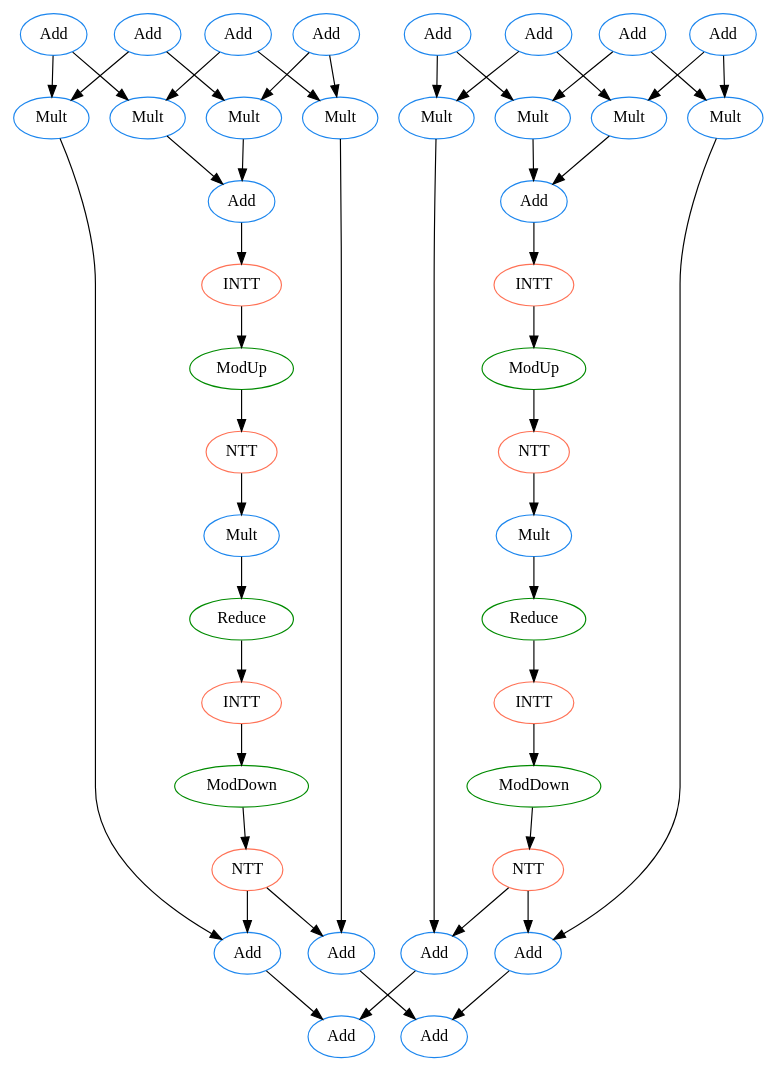
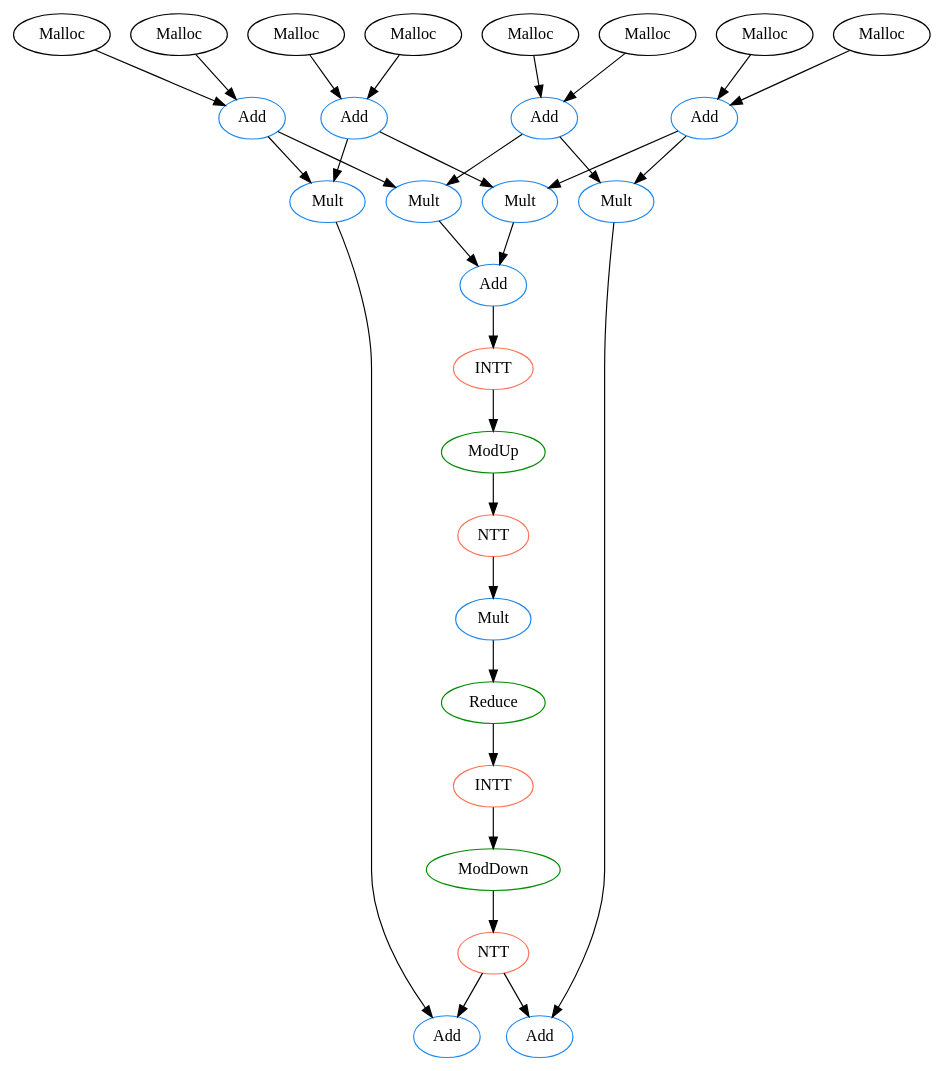
Before and after one commit to hal-lab-u-tokyo/PolyFHE: the diagram in data/graph_poly.dot, drawn with Graphviz. The commit also changed 8 other files, not shown here.

```diff
--- a/data/graph_poly.dot
+++ b/data/graph_poly.dot
@@ -1,90 +1,59 @@
 digraph G {
 0 [color=dodgerblue2, label=Add];
 1 [color=dodgerblue2, label=Add];
-2 [color=dodgerblue2, label=Add];
-3 [color=dodgerblue2, label=Add];
-4 [color=dodgerblue2, label=Mult];
-5 [color=dodgerblue2, label=Mult];
-6 [color=dodgerblue2, label=Mult];
-7 [color=dodgerblue2, label=Mult];
-8 [color=dodgerblue2, label=Add];
-9 [color=coral1, label=INTT];
-10 [color=green4, label=ModUp];
-11 [color=coral1, label=NTT];
+2 [color=black, label=Malloc];
+3 [color=black, label=Malloc];
+4 [color=black, label=Malloc];
+5 [color=black, label=Malloc];
+6 [color=dodgerblue2, label=Add];
+7 [color=dodgerblue2, label=Add];
+8 [color=black, label=Malloc];
+9 [color=black, label=Malloc];
+10 [color=black, label=Malloc];
+11 [color=black, label=Malloc];
 12 [color=dodgerblue2, label=Mult];
-13 [color=green4, label=Reduce];
-14 [color=coral1, label=INTT];
-15 [color=green4, label=ModDown];
-16 [color=coral1, label=NTT];
-17 [color=dodgerblue2, label=Add];
-18 [color=dodgerblue2, label=Add];
-19 [color=dodgerblue2, label=Add];
-20 [color=dodgerblue2, label=Add];
-21 [color=dodgerblue2, label=Add];
-22 [color=dodgerblue2, label=Add];
-23 [color=dodgerblue2, label=Mult];
-24 [color=dodgerblue2, label=Mult];
-25 [color=dodgerblue2, label=Mult];
-26 [color=dodgerblue2, label=Mult];
-27 [color=dodgerblue2, label=Add];
-28 [color=coral1, label=INTT];
-29 [color=green4, label=ModUp];
-30 [color=coral1, label=NTT];
-31 [color=dodgerblue2, label=Mult];
-32 [color=green4, label=Reduce];
-33 [color=coral1, label=INTT];
-34 [color=green4, label=ModDown];
-35 [color=coral1, label=NTT];
-36 [color=dodgerblue2, label=Add];
-37 [color=dodgerblue2, label=Add];
-38 [color=dodgerblue2, label=Add];
-39 [color=dodgerblue2, label=Add];
-0->4 ;
-0->5 ;
-1->7 ;
-1->6 ;
-2->4 ;
-2->6 ;
-3->7 ;
-3->5 ;
-4->17 ;
-5->8 ;
-6->8 ;
-7->18 ;
-8->9 ;
-9->10 ;
-10->11 ;
-11->12 ;
-12->13 ;
-13->14 ;
-14->15 ;
-15->16 ;
+13 [color=dodgerblue2, label=Mult];
+14 [color=dodgerblue2, label=Mult];
+15 [color=dodgerblue2, label=Mult];
+16 [color=dodgerblue2, label=Add];
+17 [color=coral1, label=INTT];
+18 [color=green4, label=ModUp];
+19 [color=coral1, label=NTT];
+20 [color=dodgerblue2, label=Mult];
+21 [color=green4, label=Reduce];
+22 [color=coral1, label=INTT];
+23 [color=green4, label=ModDown];
+24 [color=coral1, label=NTT];
+25 [color=dodgerblue2, label=Add];
+26 [color=dodgerblue2, label=Add];
+0->12 ;
+0->13 ;
+1->15 ;
+1->14 ;
+2->0 ;
+3->1 ;
+4->0 ;
+5->1 ;
+6->12 ;
+6->14 ;
+7->15 ;
+7->13 ;
+8->6 ;
+9->7 ;
+10->6 ;
+11->7 ;
+12->25 ;
+13->16 ;
+14->16 ;
+15->26 ;
 16->17 ;
-16->18 ;
-17->38 ;
-18->39 ;
-19->23 ;
-19->24 ;
-20->26 ;
-20->25 ;
-21->23 ;
-21->25 ;
-22->26 ;
-22->24 ;
-23->36 ;
-24->27 ;
-25->27 ;
-26->37 ;
-27->28 ;
-28->29 ;
-29->30 ;
-30->31 ;
-31->32 ;
-32->33 ;
-33->34 ;
-34->35 ;
-35->36 ;
-35->37 ;
-36->38 ;
-37->39 ;
+17->18 ;
+18->19 ;
+19->20 ;
+20->21 ;
+21->22 ;
+22->23 ;
+23->24 ;
+24->25 ;
+24->26 ;
 }
```
